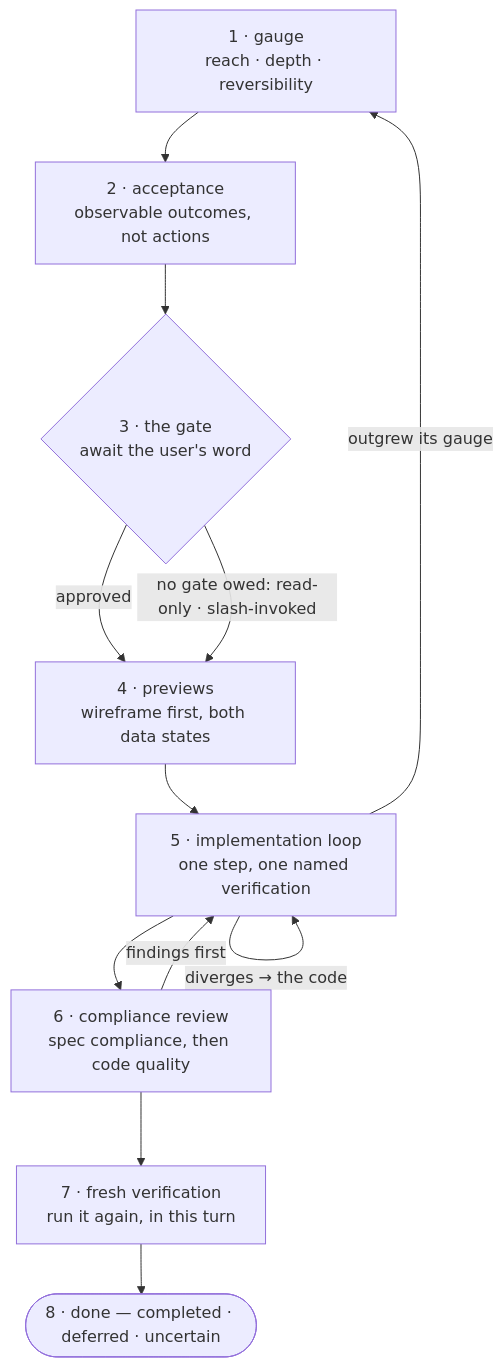
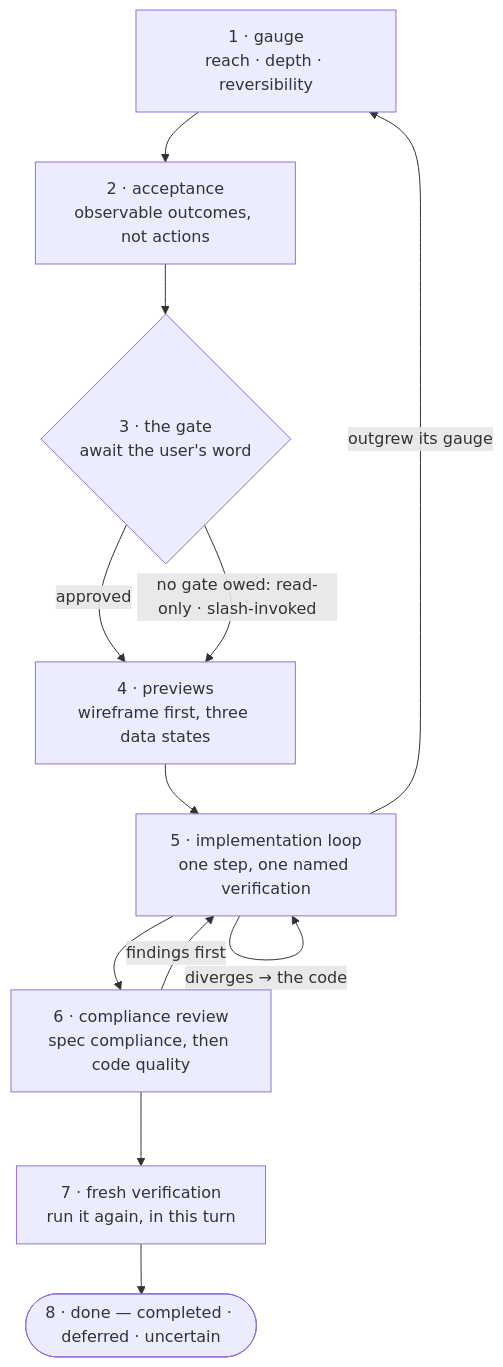
Before and after one commit to LarryHsiao/Skadi: the second of 3 diagrams in README.md, drawn with Mermaid. The commit also changed 7 other files, not shown here.

````diff
--- a/README.md
+++ b/README.md
@@ -210,14 +210,14 @@
 ```mermaid
 graph TD
     A["1 · gauge<br/>reach · depth · reversibility"] --> B["2 · acceptance<br/>observable outcomes, not actions"]
     B --> C{"3 · the gate<br/>await the user's word"}
-    C -->|"approved"| D["4 · previews<br/>wireframe first, both data states"]
+    C -->|"approved"| D["4 · previews<br/>wireframe first, three data states"]
     C -->|"no gate owed: read-only · slash-invoked"| D
     D --> E["5 · implementation loop<br/>one step, one named verification"]
     E -->|"diverges → the code"| E
     E -->|"outgrew its gauge"| A
     E --> F["6 · compliance review<br/>spec compliance, then code quality"]
     F -->|"findings first"| E
     F --> G["7 · fresh verification<br/>run it again, in this turn"]
     G --> H(["8 · done — completed · deferred · uncertain"])
 ```
````
